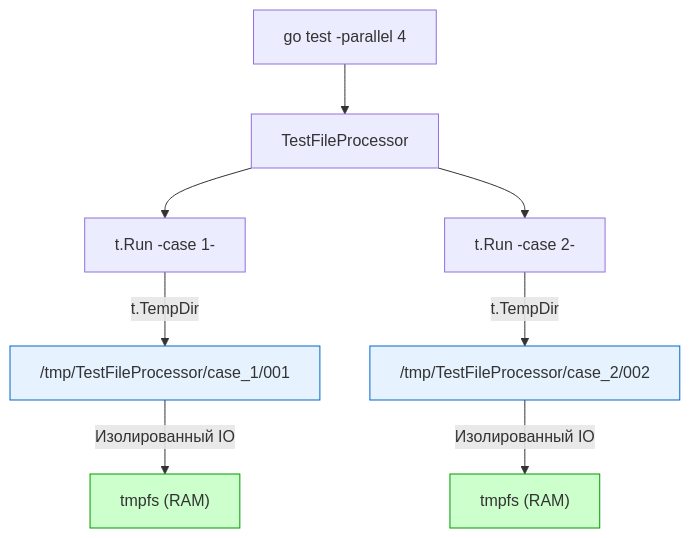
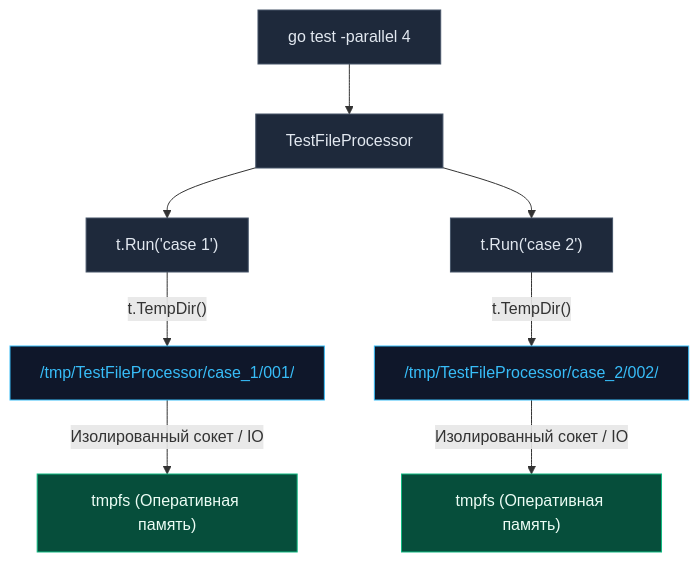
Before and after one commit to UnrealTemplier/go-textbook: the diagram in sources/15. Тестирование в Go (QA & Testing)/02. testing пакет/8. Работа с временными файлами и t.TempDir.md, drawn with Mermaid. The commit also changed other lines of this file, not shown here.

Commit message:
feat(module-15): editorial rewrite of lecture 8 (Работа с временными файлами и t.TempDir) in Subsection 2 in Kernighan style

````diff
--- a/sources/15. Тестирование в Go (QA & Testing)/02. testing пакет/8. Работа с временными файлами и t.TempDir.md
+++ b/sources/15. Тестирование в Go (QA & Testing)/02. testing пакет/8. Работа с временными файлами и t.TempDir.md
@@ -85,17 +97,20 @@
 ```mermaid
 flowchart TD
     Start["go test -parallel 4"] --> Main["TestFileProcessor"]
-    Main --> Sub1["t.Run -case 1-"]
-    Main --> Sub2["t.Run -case 2-"]
+    Main --> Sub1["t.Run('case 1')"]
+    Main --> Sub2["t.Run('case 2')"]
     
-    Sub1 -->|"t.TempDir"| Dir1["/tmp/TestFileProcessor/case_1/001"]
-    Sub2 -->|"t.TempDir"| Dir2["/tmp/TestFileProcessor/case_2/002"]
+    Sub1 -->|"t.TempDir()"| Dir1["/tmp/TestFileProcessor/case_1/001/"]
+    Sub2 -->|"t.TempDir()"| Dir2["/tmp/TestFileProcessor/case_2/002/"]
     
-    Dir1 -->|"Изолированный IO"| RAM1["tmpfs (RAM)"]
-    Dir2 -->|"Изолированный IO"| RAM2["tmpfs (RAM)"]
-    
-    style Dir1 fill:#e6f3ff,stroke:#0066cc
-    style Dir2 fill:#e6f3ff,stroke:#0066cc
-    style RAM1 fill:#ccffcc,stroke:#009900
-    style RAM2 fill:#ccffcc,stroke:#009900
+    Dir1 -->|"Изолированный сокет / IO"| RAM1["tmpfs (Оперативная память)"]
+    Dir2 -->|"Изолированный сокет / IO"| RAM2["tmpfs (Оперативная память)"]
+
+    classDef proc fill:#1e293b,stroke:#475569,stroke-width:1px,color:#e2e8f0;
+    classDef dir fill:#0f172a,stroke:#38bdf8,stroke-width:1px,color:#38bdf8;
+    classDef ram fill:#064e3b,stroke:#10b981,stroke-width:1px,color:#ecfdf5;
+
+    class Start,Main,Sub1,Sub2 proc;
+    class Dir1,Dir2 dir;
+    class RAM1,RAM2 ram;
 ```
````
